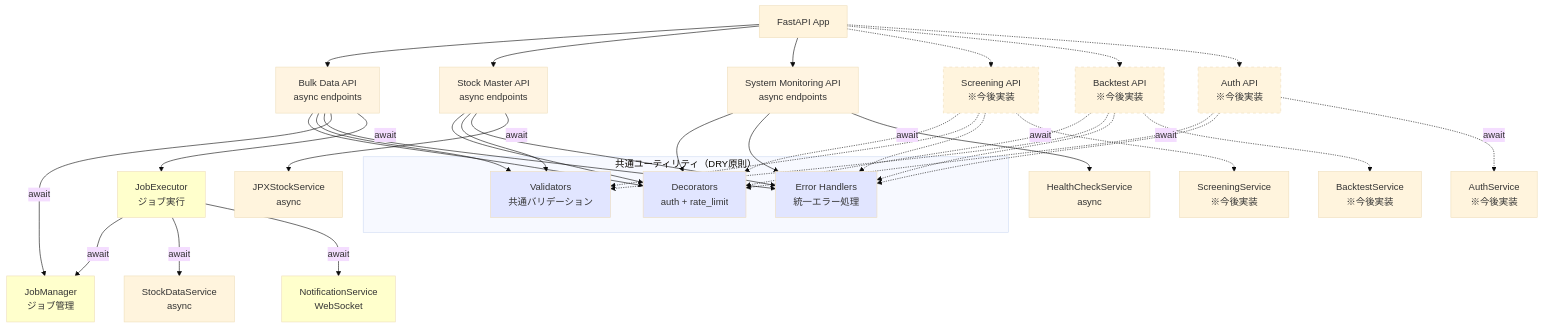
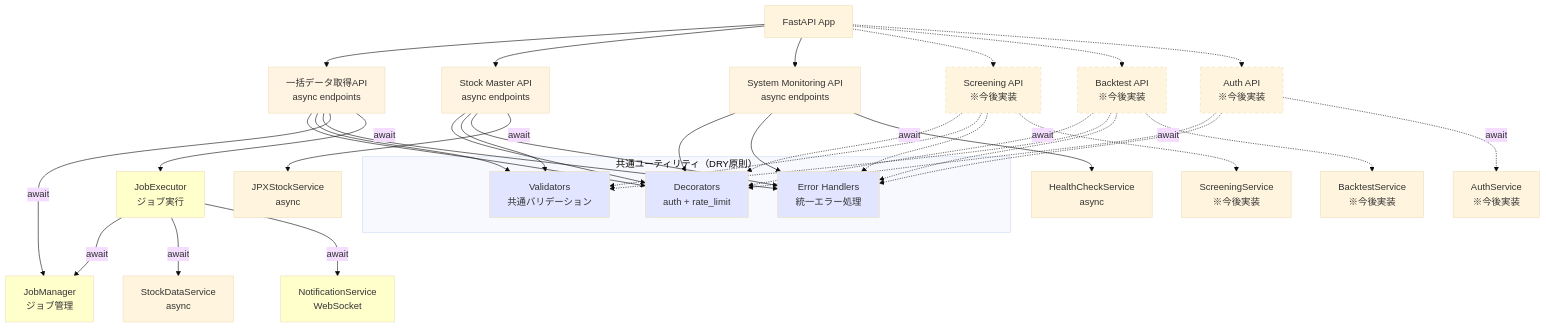
Before and after one commit to TIMMY-WEST/STOCK-INVESTMENT-ANALYZER: the first of 9 diagrams in docs/architecture/layers/api_layer.md, drawn with Mermaid (base theme). The commit also changed other lines of this file and 2 other files, not shown here.

````diff
--- a/docs/architecture/layers/api_layer.md
+++ b/docs/architecture/layers/api_layer.md
@@ -88,61 +88,61 @@
 ```mermaid
 graph TB
-    FastAPI[FastAPI App] --> BulkAPI[Bulk Data API<br/>async endpoints]
+    FastAPI[FastAPI App] --> BatchAPI[一括データ取得API<br/>async endpoints]
     FastAPI --> StockAPI[Stock Master API<br/>async endpoints]
     FastAPI --> MonitorAPI[System Monitoring API<br/>async endpoints]
     FastAPI -.-> ScreeningAPI[Screening API<br/>※今後実装]
     FastAPI -.-> BacktestAPI[Backtest API<br/>※今後実装]
     FastAPI -.-> AuthAPI[Auth API<br/>※今後実装]
 
     subgraph "共通ユーティリティ（DRY原則）"
         Decorators[Decorators<br/>auth + rate_limit]
         Validators[Validators<br/>共通バリデーション]
         ErrorHandlers[Error Handlers<br/>統一エラー処理]
     end
 
-    BulkAPI --> Decorators
-    BulkAPI --> Validators
-    BulkAPI --> ErrorHandlers
-    BulkAPI -->|await| JobManager[JobManager<br/>ジョブ管理]
-    BulkAPI -->|await| JobExecutor[JobExecutor<br/>ジョブ実行]
+    BatchAPI --> Decorators
+    BatchAPI --> Validators
+    BatchAPI --> ErrorHandlers
+    BatchAPI -->|await| JobManager[JobManager<br/>ジョブ管理]
+    BatchAPI -->|await| JobExecutor[JobExecutor<br/>ジョブ実行]
 
     StockAPI --> Decorators
     StockAPI --> Validators
     StockAPI --> ErrorHandlers
     StockAPI -->|await| JPXService[JPXStockService<br/>async]
 
     MonitorAPI --> Decorators
     MonitorAPI --> ErrorHandlers
     MonitorAPI -->|await| HealthCheck[HealthCheckService<br/>async]
 
     ScreeningAPI -.-> Decorators
     ScreeningAPI -.-> Validators
     ScreeningAPI -.-> ErrorHandlers
     ScreeningAPI -.->|await| ScreeningService[ScreeningService<br/>※今後実装]
 
     BacktestAPI -.-> Decorators
     BacktestAPI -.-> Validators
     BacktestAPI -.-> ErrorHandlers
     BacktestAPI -.->|await| BacktestService[BacktestService<br/>※今後実装]
 
     AuthAPI -.-> Decorators
     AuthAPI -.-> ErrorHandlers
     AuthAPI -.->|await| AuthService[AuthService<br/>※今後実装]
 
     JobExecutor -->|await| JobManager
     JobExecutor -->|await| StockService[StockDataService<br/>async]
     JobExecutor -->|await| NotifyService[NotificationService<br/>WebSocket]
 
-    style BulkAPI fill:#fff4e1
+    style BatchAPI fill:#fff4e1
     style StockAPI fill:#fff4e1
     style MonitorAPI fill:#fff4e1
     style Decorators fill:#e1e5ff
     style Validators fill:#e1e5ff
     style ErrorHandlers fill:#e1e5ff
     style JobManager fill:#ffffcc
     style JobExecutor fill:#ffffcc
     style NotifyService fill:#ffffcc
     style ScreeningAPI stroke-dasharray: 5 5
     style BacktestAPI stroke-dasharray: 5 5
     style AuthAPI stroke-dasharray: 5 5
 ```
````
